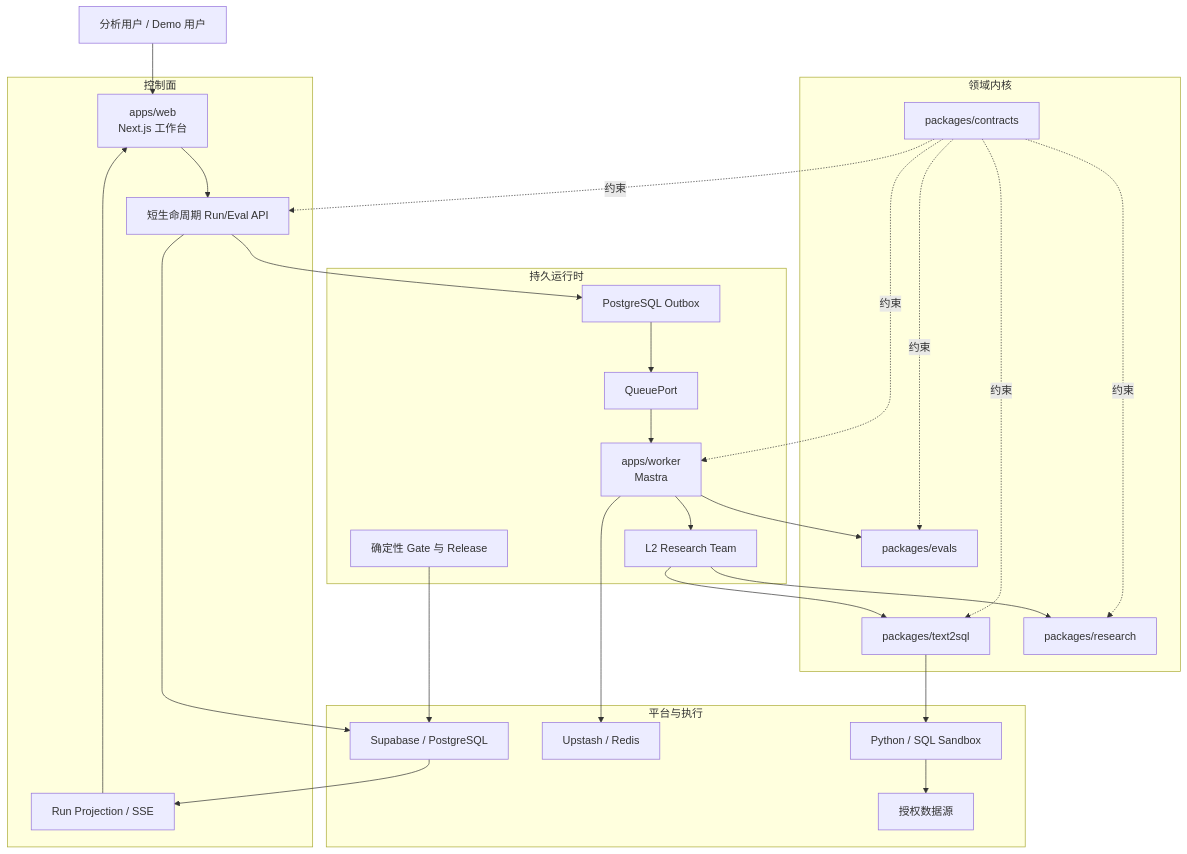
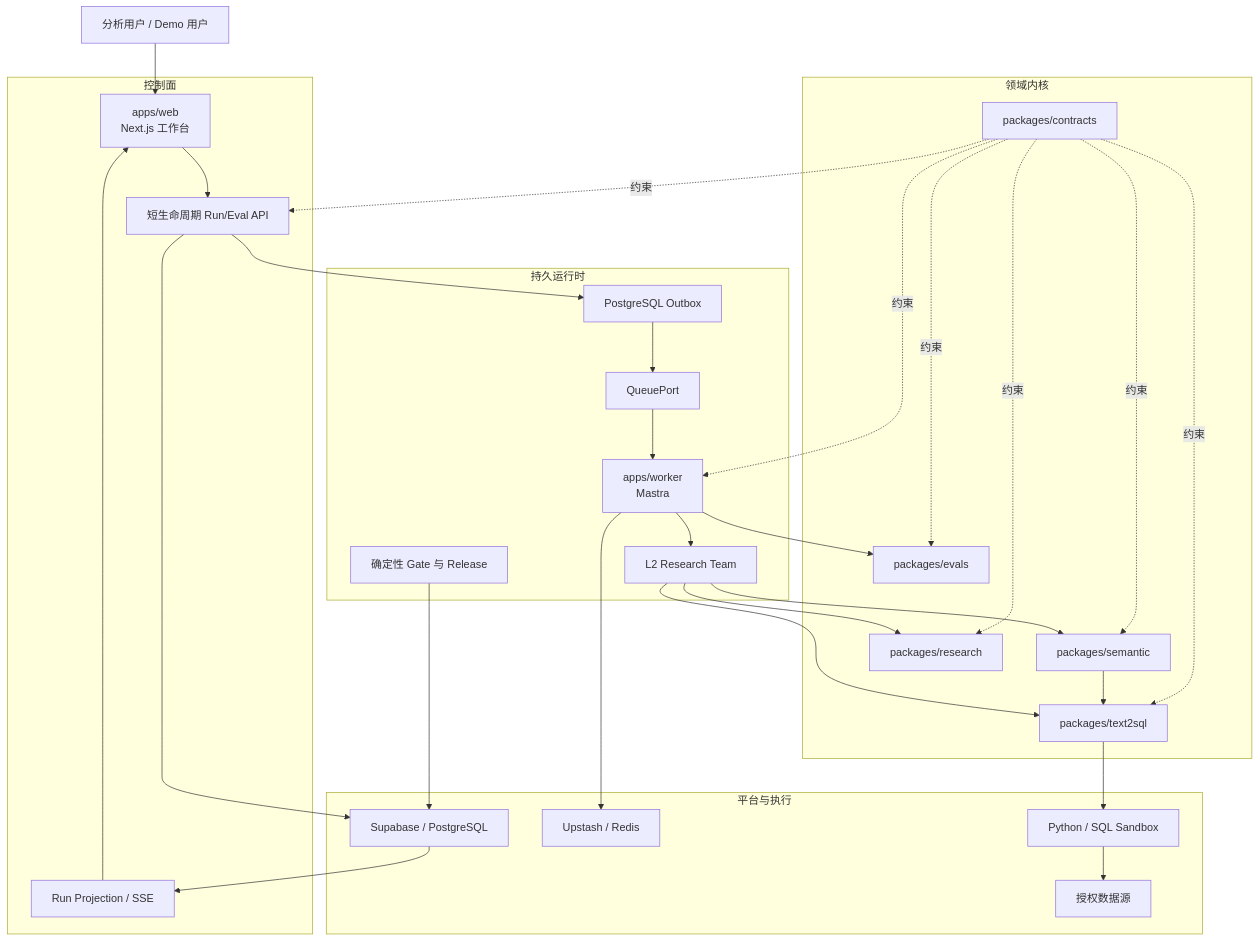
The first of 2 diagrams in .trellis/tasks/07-25-data-agent-reset-refactor/design.md (LienJack/data-agent), drawn with Mermaid before and after one commit. The commit also changed other lines of this file and 3 other files, not shown here.

````diff
--- a/.trellis/tasks/07-25-data-agent-reset-refactor/design.md
+++ b/.trellis/tasks/07-25-data-agent-reset-refactor/design.md
@@ -58,54 +72,58 @@
 ```mermaid
 flowchart TB
     User["分析用户 / Demo 用户"]
 
     subgraph Control["控制面"]
       Web["apps/web<br/>Next.js 工作台"]
       API["短生命周期 Run/Eval API"]
       Stream["Run Projection / SSE"]
     end
 
     subgraph Runtime["持久运行时"]
       Outbox["PostgreSQL Outbox"]
       Queue["QueuePort"]
       Worker["apps/worker<br/>Mastra"]
       Team["L2 Research Team"]
       Gates["确定性 Gate 与 Release"]
     end
 
     subgraph Kernel["领域内核"]
       Contracts["packages/contracts"]
+      Semantic["packages/semantic"]
       Text2SQL["packages/text2sql"]
       Research["packages/research"]
       Evals["packages/evals"]
     end
 
     subgraph Platform["平台与执行"]
       PG["Supabase / PostgreSQL"]
       Redis["Upstash / Redis"]
       Sandbox["Python / SQL Sandbox"]
       Source["授权数据源"]
     end
 
     User --> Web
     Web --> API
     API --> PG
     API --> Outbox
     Outbox --> Queue
     Queue --> Worker
     Worker --> Team
+    Team --> Semantic
     Team --> Text2SQL
     Team --> Research
     Worker --> Evals
+    Semantic --> Text2SQL
     Text2SQL --> Sandbox
     Sandbox --> Source
     Gates --> PG
     Worker --> Redis
     PG --> Stream
     Stream --> Web
     Contracts -.约束.-> API
     Contracts -.约束.-> Worker
+    Contracts -.约束.-> Semantic
     Contracts -.约束.-> Text2SQL
     Contracts -.约束.-> Research
     Contracts -.约束.-> Evals
 ```
````
